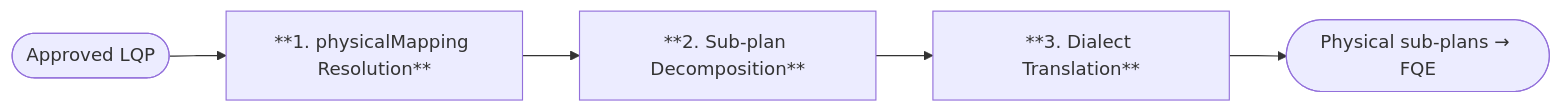
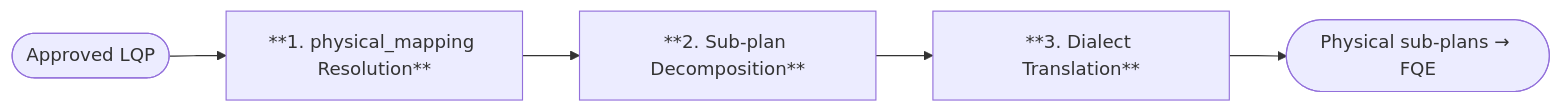
The seventh of 8 diagrams in docs/product/analytics/01-core-capabilities.md (M-A-Operating-System/shared-work), drawn with Mermaid before and after one commit. The commit also changed other lines of this file and 2 other files, not shown here.

````diff
--- a/docs/product/analytics/01-core-capabilities.md
+++ b/docs/product/analytics/01-core-capabilities.md
@@ -842,10 +842,10 @@
 ```mermaid
 flowchart LR
     START(["Approved LQP"])
-    S1["**1. physicalMapping Resolution**"]
+    S1["**1. physical_mapping Resolution**"]
     S2["**2. Sub-plan Decomposition**"]
     S3["**3. Dialect Translation**"]
     OUT(["Physical sub-plans → FQE"])
 
     START --> S1 --> S2 --> S3 --> OUT
 ```
````
